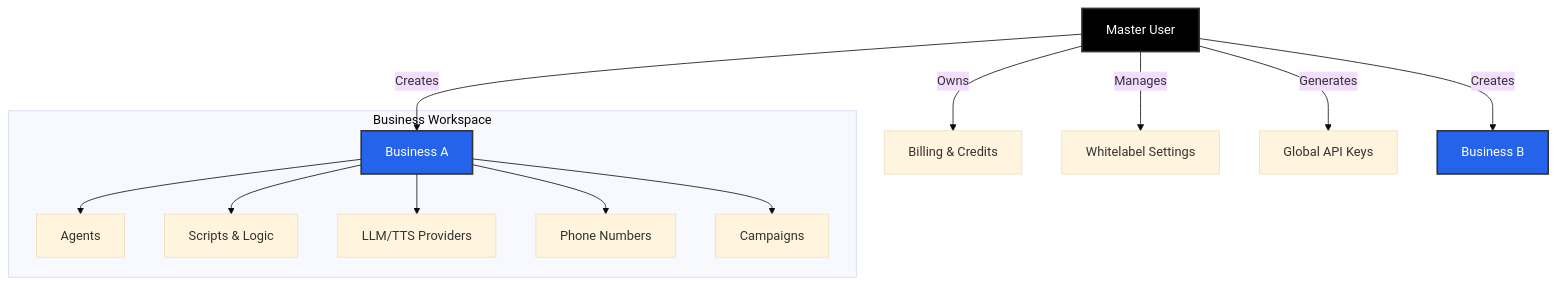
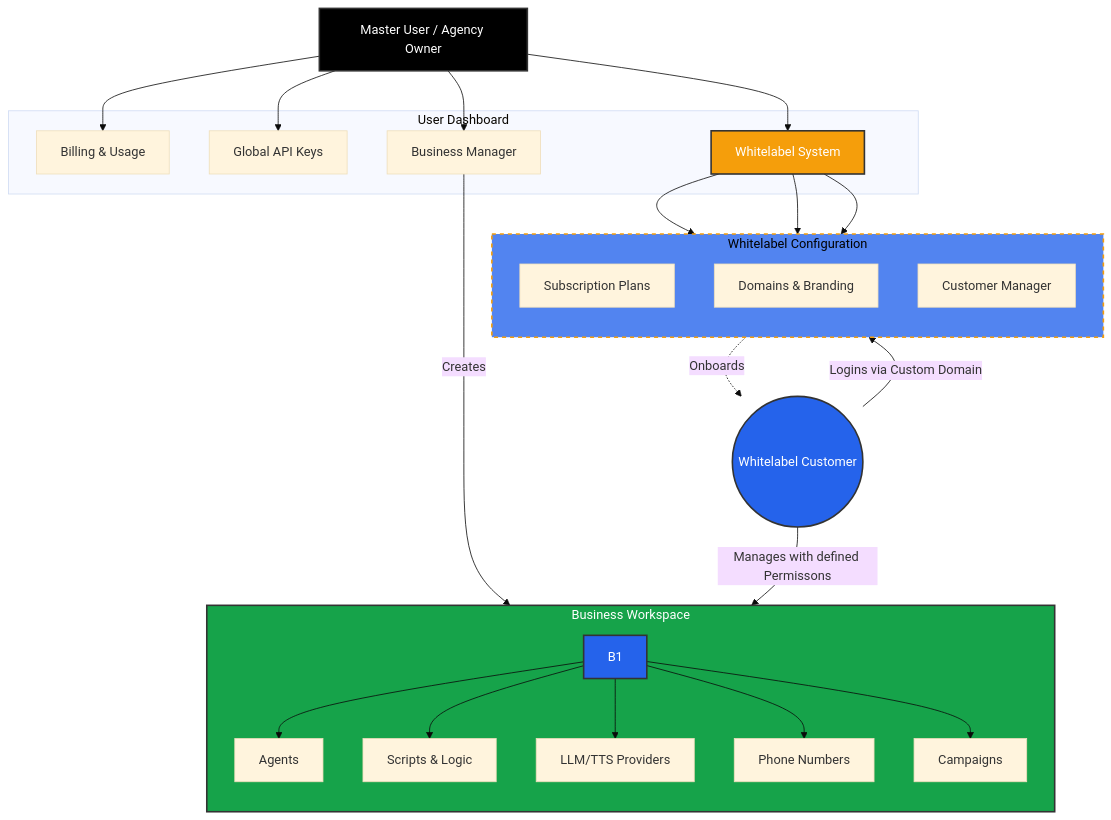
Before and after one commit to abdofallah/IqraAI-Docs: the diagram in content/docs/intro/architecture.mdx, drawn with Mermaid (base theme). The commit also changed other lines of this file and 29 other files, not shown here.

````diff
--- a/content/docs/intro/architecture.mdx
+++ b/content/docs/intro/architecture.mdx
@@ -14,21 +18,56 @@
 ```mermaid
 graph TD
-    User[Master User] -->|Owns| Billing[Billing & Credits]
-    User -->|Manages| WL[Whitelabel Settings]
-    User -->|Generates| API[Global API Keys]
+    %% Admin Layer
+    User[Master User / Agency Owner]
     
-    User -->|Creates| B1[Business A]
-    User -->|Creates| B2[Business B]
+    subgraph User_Dashboard [User Dashboard]
+        Billing[Billing & Usage]
+        API[Global API Keys]
+        BizMgr[Business Manager]
+        WL[Whitelabel System]
+    end
+
+    User --> Billing
+    User --> API
+    User --> BizMgr
+    User --> WL
+
+    %% Whitelabel Details
+    subgraph Agency_Config [Whitelabel Configuration]
+        direction TB
+        Plans[Subscription Plans]
+        Brand[Domains & Branding]
+        CustMgr[Customer Manager]
+    end
+
+    WL --> Plans
+    WL --> Brand
+    WL --> CustMgr
+
+    %% The Actors and Workspaces
+    Client((Whitelabel Customer))
     
     subgraph Workspace [Business Workspace]
+        direction TB
         B1 --> Agents
         B1 --> Scripts[Scripts & Logic]
         B1 --> Integrations[LLM/TTS Providers]
         B1 --> Numbers[Phone Numbers]
         B1 --> Campaigns
     end
+
+    %% Connections
+    CustMgr -.->|Onboards| Client
+    BizMgr -->|Creates| Workspace
     
+    Client -->|Logins via Custom Domain| Brand
+    Client -->|Manages with defined Permissons| Workspace
+
+    %% Styles
     style User fill:#000,stroke:#333,stroke-width:2px,color:#fff
+    style Client fill:#2563eb,stroke:#333,stroke-width:2px,color:#fff
+    style Workspace fill:#16a34a,stroke:#333,stroke-width:2px,color:#fff
+    style WL fill:#f59e0b,stroke:#333,stroke-width:2px,color:#fff
+    style Agency_Config fill:#5284f0,stroke:#f59e0b,stroke-width:2px,stroke-dasharray: 5 5,color:#000
     style B1 fill:#2563eb,stroke:#333,stroke-width:2px,color:#fff
-    style B2 fill:#2563eb,stroke:#333,stroke-width:2px,color:#fff
 ```
````
